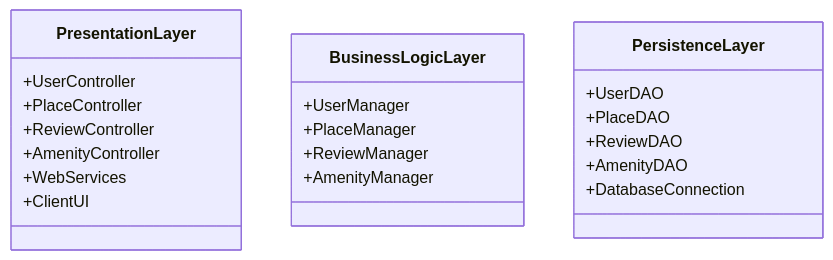
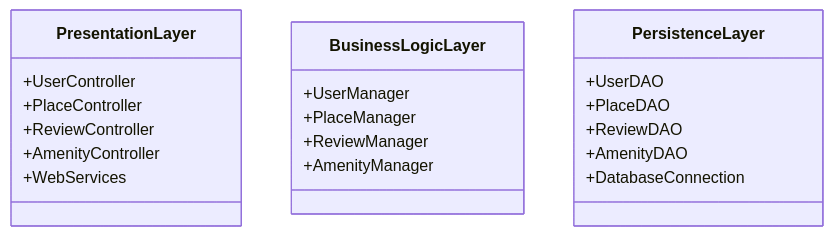
One commit to omarrui/holbertonschool-hbnb changed the diagram in PackageDiagram.mmd. Above: the diagram before and after it, drawn with Mermaid.

Commit message:
remove ClientUI from PresentationLayer in PackageDiagram

```diff
--- a/PackageDiagram.mmd
+++ b/PackageDiagram.mmd
@@ -1,25 +1,25 @@
 classDiagram
 
 class PresentationLayer {
     +UserController
     +PlaceController
     +ReviewController
     +AmenityController
     +WebServices
-    +ClientUI
+    
 }
 
 class BusinessLogicLayer {
     +UserManager
     +PlaceManager
     +ReviewManager
     +AmenityManager
 }
 
 class PersistenceLayer {
     +UserDAO
     +PlaceDAO
     +ReviewDAO
     +AmenityDAO
     +DatabaseConnection
 }
```
